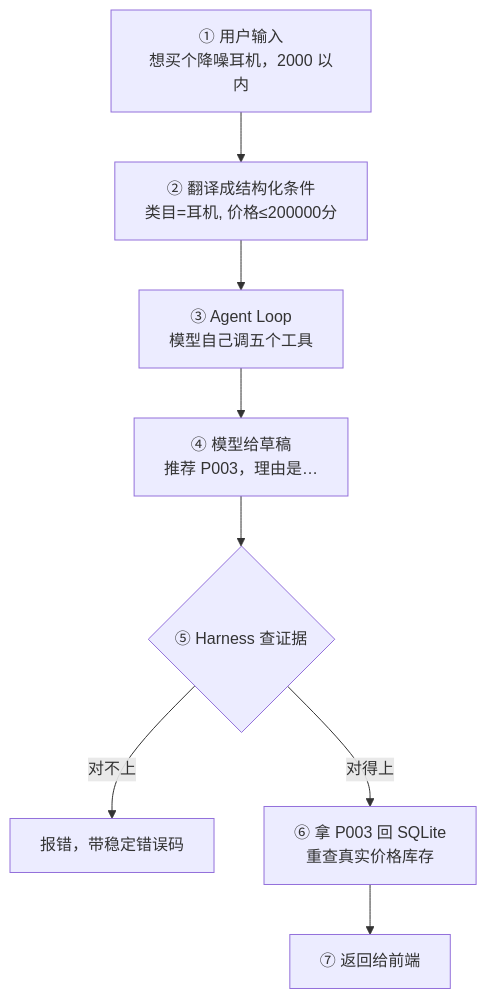
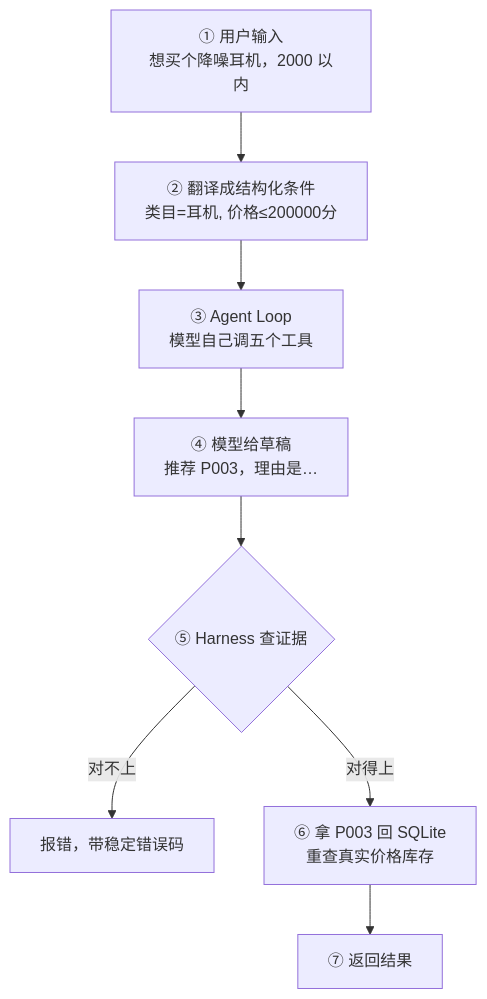
Before and after one commit to ImWenyaoT/chatty: the first of 2 diagrams in docs/roadmap-beginner.md, drawn with Mermaid. The commit also changed other lines of this file and 72 other files, not shown here.

````diff
--- a/docs/roadmap-beginner.md
+++ b/docs/roadmap-beginner.md
@@ -81,10 +160,10 @@
 ```mermaid
 flowchart TB
     A["① 用户输入<br/>想买个降噪耳机，2000 以内"] --> B["② 翻译成结构化条件<br/>类目=耳机, 价格≤200000分"]
     B --> C["③ Agent Loop<br/>模型自己调五个工具"]
     C --> D["④ 模型给草稿<br/>推荐 P003，理由是…"]
     D --> E{"⑤ Harness 查证据"}
     E -->|对不上| F["报错，带稳定错误码"]
     E -->|对得上| G["⑥ 拿 P003 回 SQLite<br/>重查真实价格库存"]
-    G --> H["⑦ 返回给前端"]
+    G --> H["⑦ 返回结果"]
 ```
````
